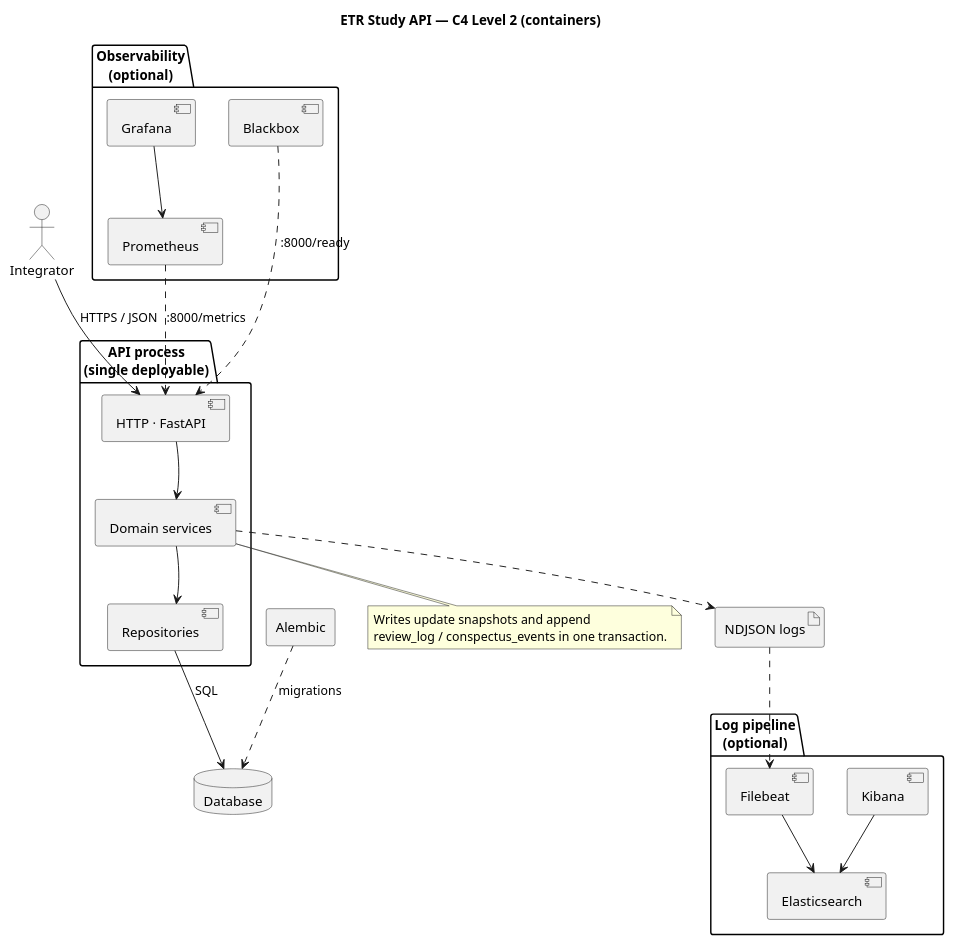
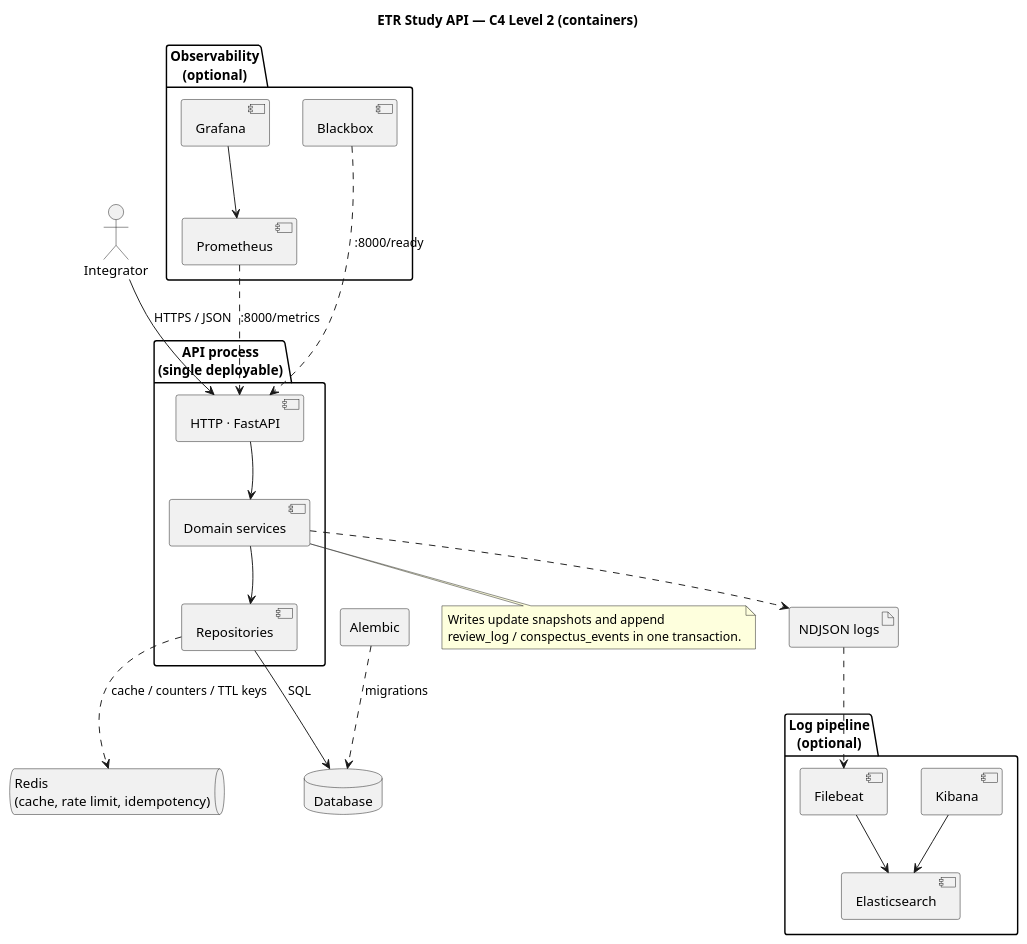
The diagram in docs/uml/architecture/container_view.puml (iboiarkin96/etr_study_api), drawn with PlantUML before and after one commit. The commit also changed 11 other files, not shown here.

```diff
--- a/docs/uml/architecture/container_view.puml
+++ b/docs/uml/architecture/container_view.puml
@@ -1,53 +1,55 @@
 @startuml
 title ETR Study API — C4 Level 2 (containers)
 
 top to bottom direction
 
 actor "Integrator" as Client
 
 package "API process\n(single deployable)" as Proc {
   [HTTP · FastAPI] as Http
   [Domain services] as App
   [Repositories] as Persist
   Http -[hidden]down- App
   App -[hidden]down- Persist
 }
 
 database "Database" as Db
+queue "Redis\n(cache, rate limit, idempotency)" as Redis
 rectangle "Alembic" as Mig
 
 package "Observability\n(optional)" as Obs {
   [Grafana] as Graf
   [Prometheus] as Prom
   [Blackbox] as Bbx
 }
 
 package "Log pipeline\n(optional)" as LogStack {
   [Elasticsearch] as ES
   [Kibana] as Kib
   [Filebeat] as FB
 }
 
 artifact "NDJSON logs" as LogFile
 
 Client --> Http : HTTPS / JSON
 Http --> App
 App --> Persist
 Persist --> Db : SQL
+Persist ..> Redis : cache / counters / TTL keys
 Mig ..> Db : migrations
 
 App ..> LogFile
 LogFile ..> FB
 FB --> ES
 Kib --> ES
 
 Graf --> Prom
 Prom ..> Http : :8000/metrics
 Bbx ..> Http : :8000/ready
 
 note bottom of App
   Writes update snapshots and append
   review_log / conspectus_events in one transaction.
 end note
 
 @enduml
```
